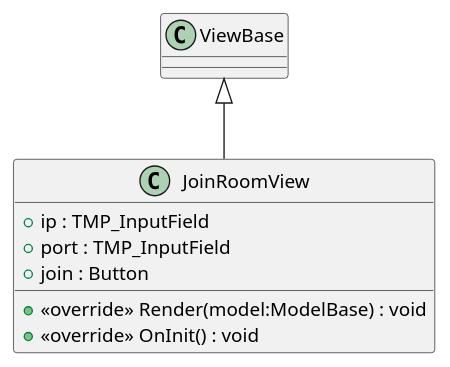
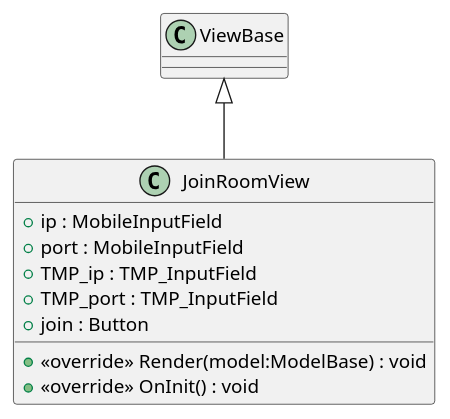
One commit to cutehusky/VirtualChat3D changed the diagram in src/Assets/Scripts/Core/OnlineRuntimeModule/RoomManagementModule/puml/View/JoinRoomView.puml. Above: the diagram before and after it, drawn with PlantUML. The commit also changed 71 other files, not shown here.

First line of the commit message:
Update class diagram generation

```diff
--- a/src/Assets/Scripts/Core/OnlineRuntimeModule/RoomManagementModule/puml/View/JoinRoomView.puml
+++ b/src/Assets/Scripts/Core/OnlineRuntimeModule/RoomManagementModule/puml/View/JoinRoomView.puml
@@ -1,10 +1,12 @@
 @startuml
 class JoinRoomView {
-    + ip : TMP_InputField
-    + port : TMP_InputField
+    + ip : MobileInputField
+    + port : MobileInputField
+    + TMP_ip : TMP_InputField
+    + TMP_port : TMP_InputField
     + join : Button
     + <<override>> Render(model:ModelBase) : void
     + <<override>> OnInit() : void
 }
 ViewBase <|-- JoinRoomView
 @enduml
```
